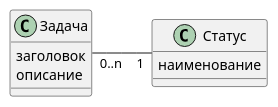
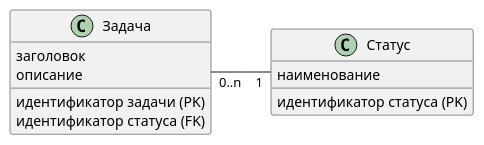
The diagram in src/docs/asciidoc/db/db.puml (StanLo-NSK/stanlo-nsk.github.io), drawn with PlantUML before and after one commit. The commit also changed 5 other files, not shown here.

```diff
--- a/src/docs/asciidoc/db/db.puml
+++ b/src/docs/asciidoc/db/db.puml
@@ -1,16 +1,19 @@
 @startuml "example class diagram"
 
 left to right direction
 
 class Задача {
+    идентификатор задачи (PK)
     заголовок
     описание
+    идентификатор статуса (FK)
 }
 
 class Статус {
+    идентификатор статуса (PK)
     наименование
 }
 
 Задача "0..n" -- "1" Статус
 
 @enduml
```
